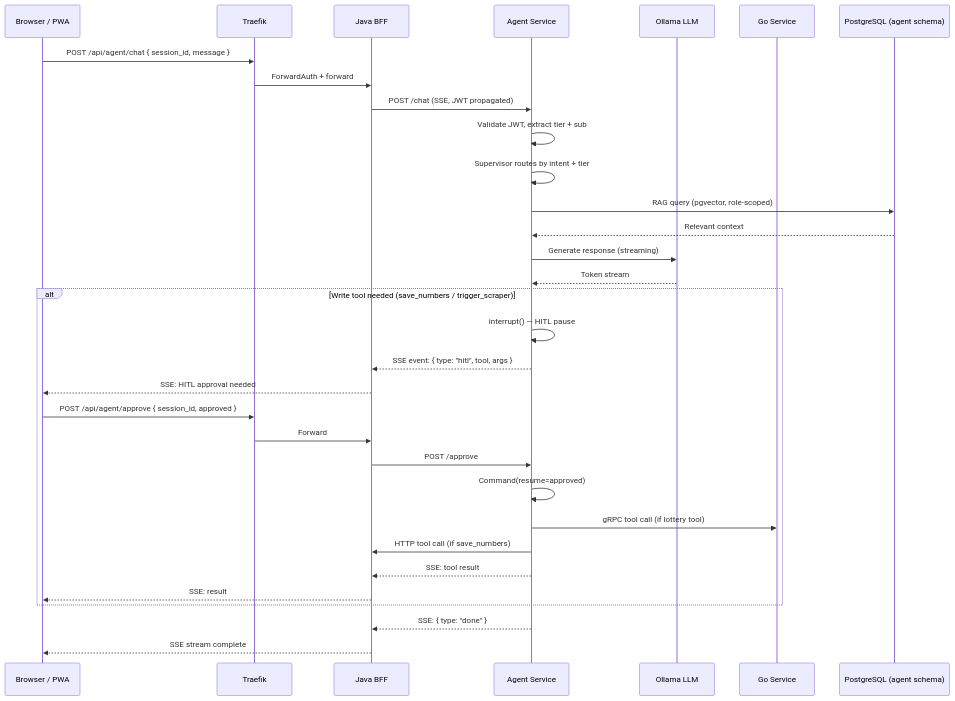
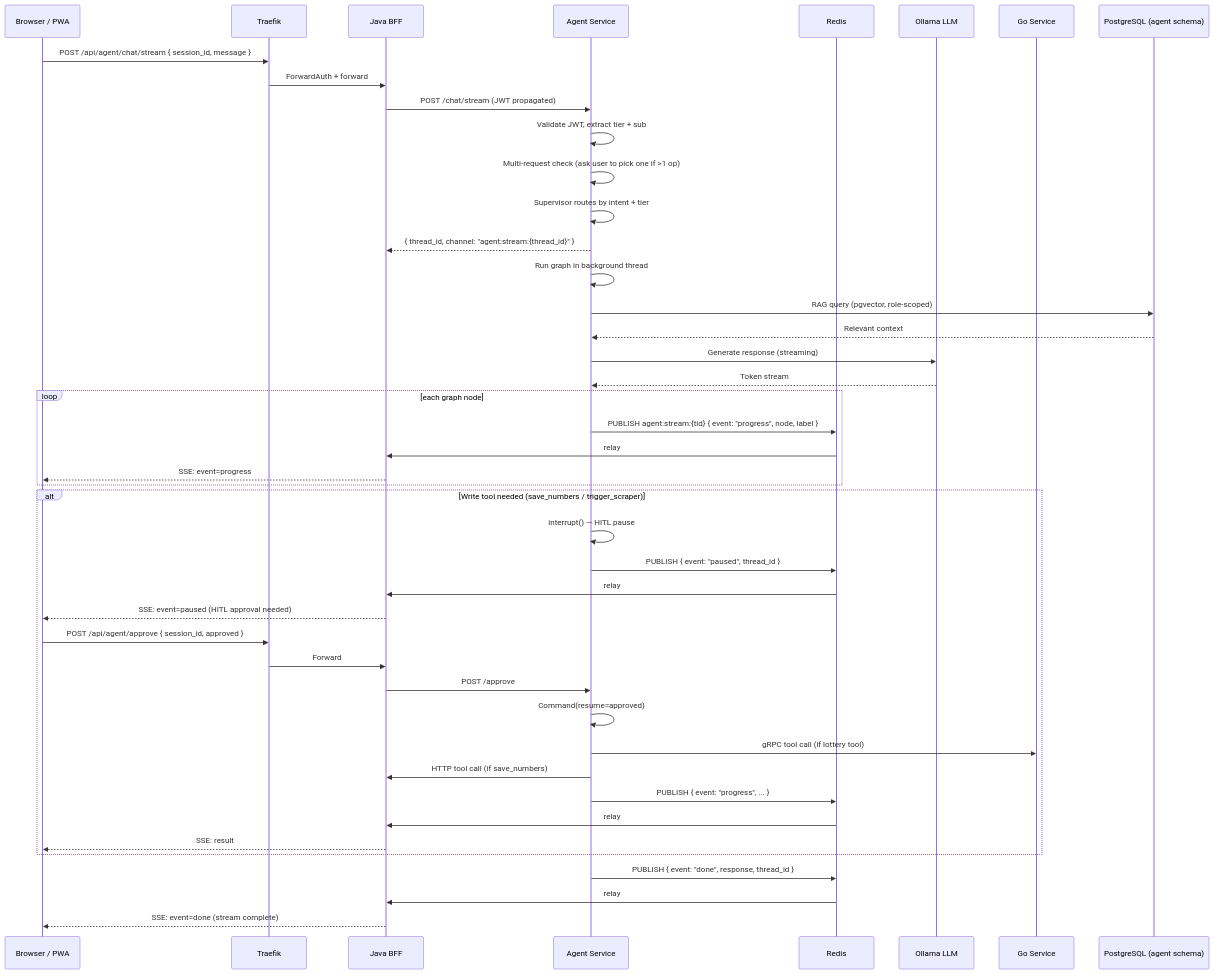
The fourth of 10 diagrams in docs/FLOWS.md (lihai1/statistiloto-orchestrator), drawn with Mermaid before and after one commit. The commit also changed other lines of this file and 7 other files, not shown here.

````diff
--- a/docs/FLOWS.md
+++ b/docs/FLOWS.md
@@ -110,37 +110,50 @@
 ```mermaid
 sequenceDiagram
     participant U as Browser / PWA
     participant P as Traefik
     participant J as Java BFF
     participant A as Agent Service
+    participant R as Redis
     participant LLM as Ollama LLM
     participant G as Go Service
     participant DB as PostgreSQL (agent schema)
 
-    U->>P: POST /api/agent/chat { session_id, message }
+    U->>P: POST /api/agent/chat/stream { session_id, message }
     P->>J: ForwardAuth + forward
-    J->>A: POST /chat (SSE, JWT propagated)
+    J->>A: POST /chat/stream (JWT propagated)
     A->>A: Validate JWT, extract tier + sub
+    A->>A: Multi-request check (ask user to pick one if >1 op)
     A->>A: Supervisor routes by intent + tier
+    A-->>J: { thread_id, channel: "agent:stream:{thread_id}" }
+    A->>A: Run graph in background thread
     A->>DB: RAG query (pgvector, role-scoped)
     DB-->>A: Relevant context
     A->>LLM: Generate response (streaming)
     LLM-->>A: Token stream
 
+    loop each graph node
+        A->>R: PUBLISH agent:stream:{tid} { event: "progress", node, label }
+        R->>J: relay
+        J-->>U: SSE: event=progress
+    end
+
     alt Write tool needed (save_numbers / trigger_scraper)
         A->>A: interrupt() — HITL pause
-        A-->>J: SSE event: { type: "hitl", tool, args }
-        J-->>U: SSE: HITL approval needed
+        A->>R: PUBLISH { event: "paused", thread_id }
+        R->>J: relay
+        J-->>U: SSE: event=paused (HITL approval needed)
         U->>P: POST /api/agent/approve { session_id, approved }
         P->>J: Forward
         J->>A: POST /approve
         A->>A: Command(resume=approved)
         A->>G: gRPC tool call (if lottery tool)
         A->>J: HTTP tool call (if save_numbers)
-        A-->>J: SSE: tool result
+        A->>R: PUBLISH { event: "progress", ... }
+        R->>J: relay
         J-->>U: SSE: result
     end
 
-    A-->>J: SSE: { type: "done" }
-    J-->>U: SSE stream complete
+    A->>R: PUBLISH { event: "done", response, thread_id }
+    R->>J: relay
+    J-->>U: SSE: event=done (stream complete)
 ```
````
